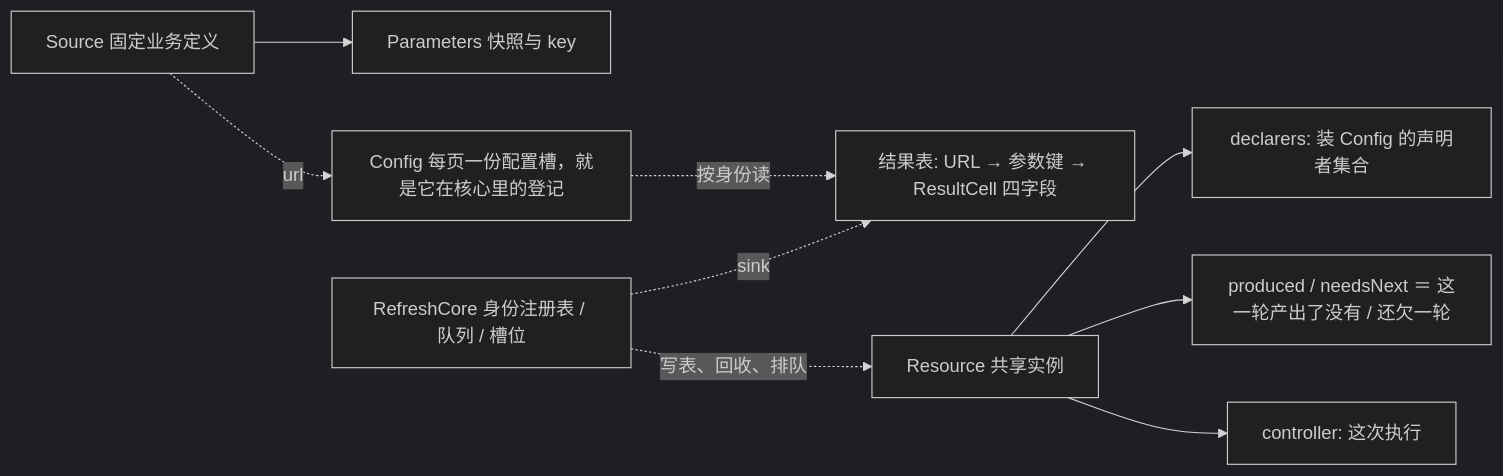
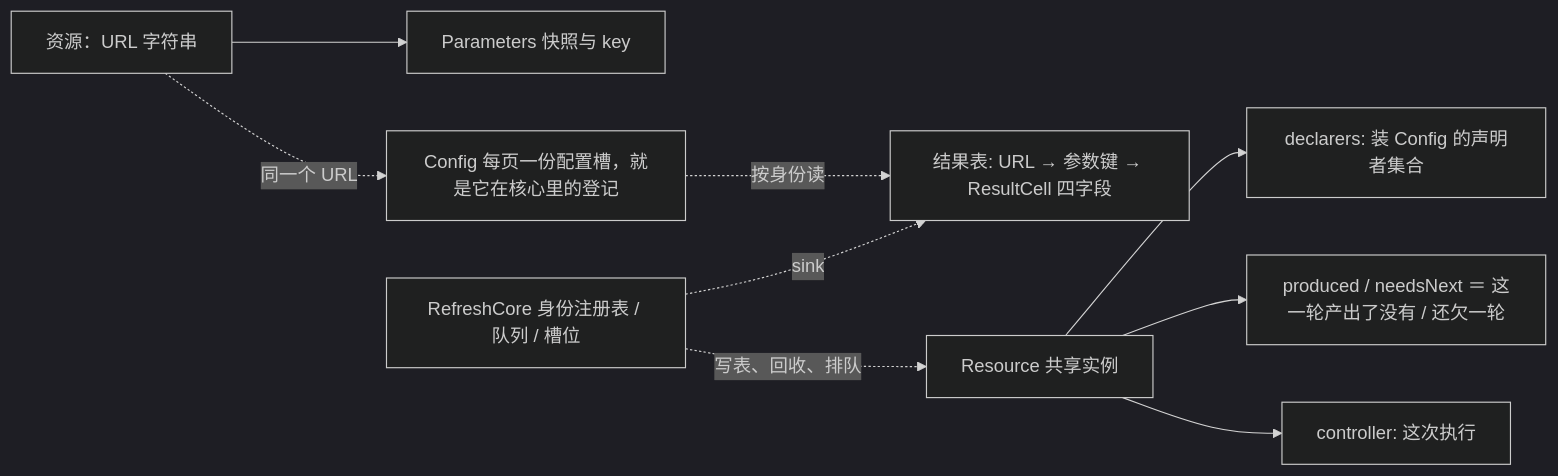
One commit to anjing0524/vue-refresh changed the diagram in DESIGN.md. Above: the diagram before and after it, drawn with Mermaid (dark theme). The commit also changed other lines of this file and 18 other files, not shown here.

Commit message:
defineRefresh 并进 useRefresh：入口只剩一个（URL + 类型参数写在调用行），RefreshSource 消失（ADR-75）

````diff
--- a/DESIGN.md
+++ b/DESIGN.md
@@ -83,11 +83,11 @@
 ```mermaid
 flowchart LR
-  Source[Source 固定业务定义] --> Parameters[Parameters 快照与 key]
-  Source -. url .-> Config[Config 每页一份配置槽，就是它在核心里的登记]
+  Url[资源：URL 字符串] --> Parameters[Parameters 快照与 key]
+  Url -. 同一个 URL .-> Config[Config 每页一份配置槽，就是它在核心里的登记]
   Config -. 按身份读 .-> Table[结果表: URL → 参数键 → ResultCell 四字段]
   Resource[Resource 共享实例] --> Decl[declarers: 装 Config 的声明者集合]
   Resource --> Round[produced / needsNext ＝ 这一轮产出了没有 / 还欠一轮]
   Resource --> Controller[controller: 这次执行]
   Core[RefreshCore 身份注册表 / 队列 / 槽位] -. 写表、回收、排队 .-> Resource
   Core -. sink .-> Table
 ```
````
